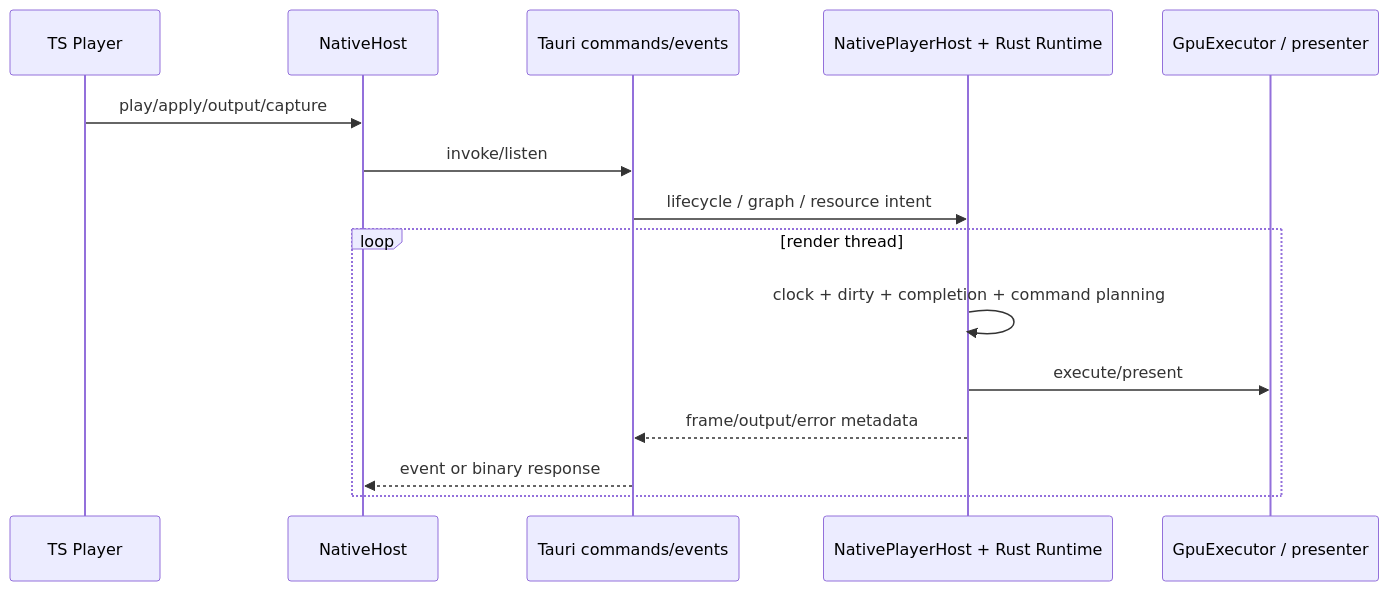
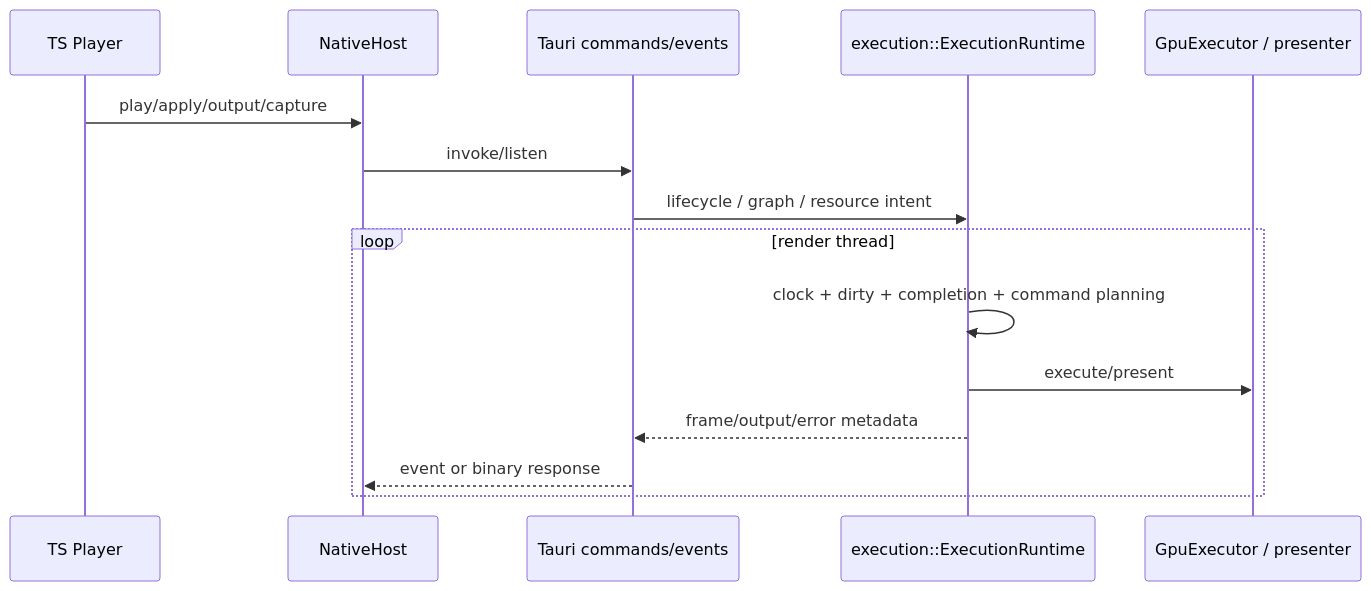
Before and after one commit to sanitor/open_quartz: the ninth of 12 diagrams in docs/DESIGN.md, drawn with Mermaid. The commit also changed other lines of this file and 62 other files, not shown here.

First line of the commit message:
refactor(execution): consolidate native runtime and fix playback sizing

````diff
--- a/docs/DESIGN.md
+++ b/docs/DESIGN.md
@@ -908,18 +921,18 @@
 ```mermaid
 sequenceDiagram
     participant UI as TS Player
     participant Host as NativeHost
     participant Cmd as Tauri commands/events
-    participant Core as NativePlayerHost + Rust Runtime
+    participant Core as execution::ExecutionRuntime
     participant GPU as GpuExecutor / presenter
 
     UI->>Host: play/apply/output/capture
     Host->>Cmd: invoke/listen
     Cmd->>Core: lifecycle / graph / resource intent
     loop render thread
         Core->>Core: clock + dirty + completion + command planning
         Core->>GPU: execute/present
         Core-->>Cmd: frame/output/error metadata
         Cmd-->>Host: event or binary response
     end
 ```
````
